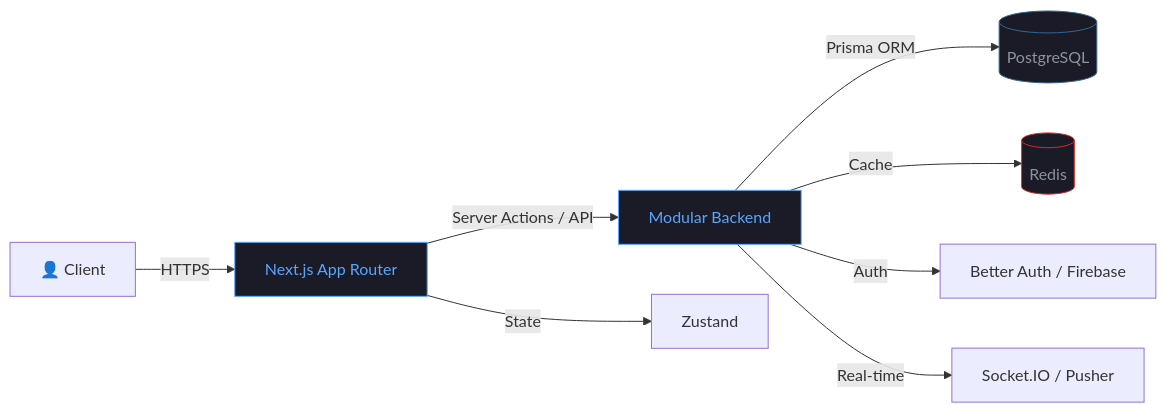
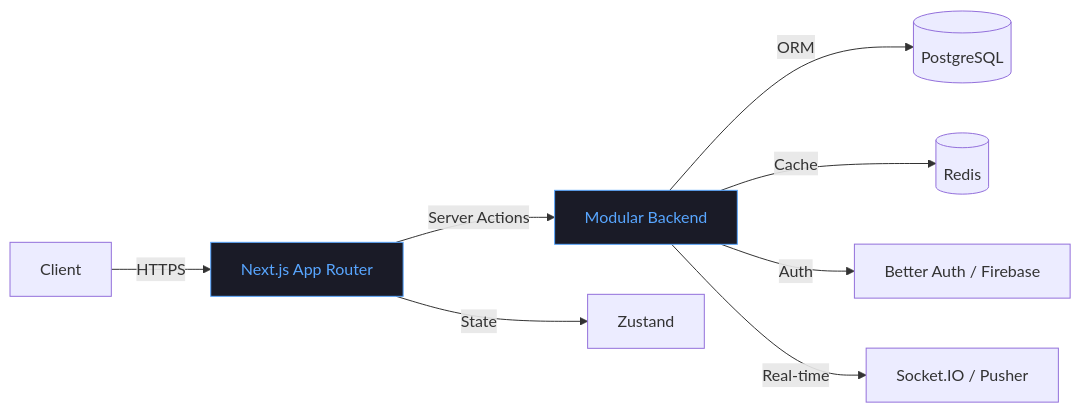
The diagram in README.md (Ridoan-75/Ridoan-75), drawn with Mermaid before and after one commit. The commit also changed other lines of this file, not shown here.

````diff
--- a/README.md
+++ b/README.md
@@ -15,14 +16,12 @@
 ```mermaid
 graph LR
-    A[👤 Client] -->|HTTPS| B[Next.js App Router]
-    B -->|Server Actions / API| C[Modular Backend]
-    C -->|Prisma ORM| D[(PostgreSQL)]
+    A[Client] -->|HTTPS| B[Next.js App Router]
+    B -->|Server Actions| C[Modular Backend]
+    C -->|ORM| D[(PostgreSQL)]
     C -->|Cache| E[(Redis)]
     C -->|Auth| F[Better Auth / Firebase]
     C -->|Real-time| G[Socket.IO / Pusher]
     B -->|State| H[Zustand]
     style B fill:#1a1b27,stroke:#58a6ff,color:#58a6ff
     style C fill:#1a1b27,stroke:#58a6ff,color:#58a6ff
-    style D fill:#1a1b27,stroke:#336791,color:#8b949e
-    style E fill:#1a1b27,stroke:#d82c20,color:#8b949e
 ```
````
